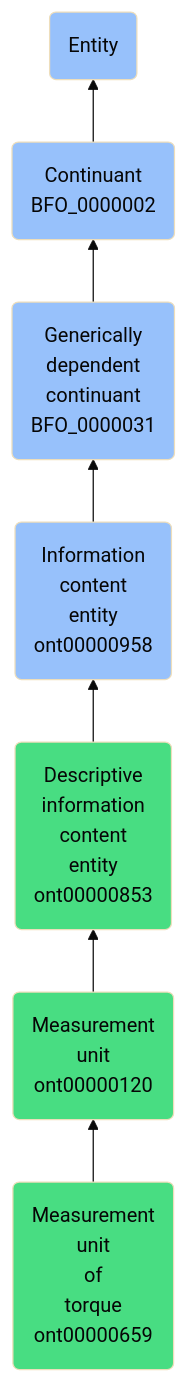
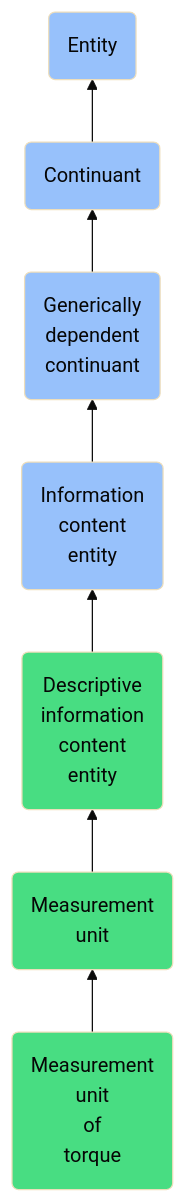
One commit to jupyter-naas/abi changed the diagram in docs/ontology/reference/model/Entity/Continuant/Generically dependent continuant/Information content entity/Descriptive information content entity/Measurement unit/Measurement unit of torque/Measurement unit of torque.md. Above: the diagram before and after it, drawn with Mermaid (base theme). The commit also changed other lines of this file and 1430 other files, not shown here.

````diff
--- a/docs/ontology/reference/model/Entity/Continuant/Generically dependent continuant/Information content entity/Descriptive information content entity/Measurement unit/Measurement unit of torque/Measurement unit of torque.md
+++ b/docs/ontology/reference/model/Entity/Continuant/Generically dependent continuant/Information content entity/Descriptive information content entity/Measurement unit/Measurement unit of torque/Measurement unit of torque.md
@@ -25,14 +25,14 @@
 ```mermaid
 graph BT
-    ont00000659(Measurement<br>unit<br>of<br>torque<br>ont00000659):::ABI-->ont00000120
-    ont00000120(Measurement<br>unit<br>ont00000120):::ABI-->ont00000853
-    ont00000853(Descriptive<br>information<br>content<br>entity<br>ont00000853):::ABI-->ont00000958
-    ont00000958(Information<br>content<br>entity<br>ont00000958):::BFO-->BFO_0000031
-    BFO_0000031(Generically<br>dependent<br>continuant<br>BFO_0000031):::BFO-->BFO_0000002
-    BFO_0000002(Continuant<br>BFO_0000002):::BFO-->BFO_0000001
+    ont00000659(Measurement<br>unit<br>of<br>torque):::ABI-->ont00000120
+    ont00000120(Measurement<br>unit):::ABI-->ont00000853
+    ont00000853(Descriptive<br>information<br>content<br>entity):::ABI-->ont00000958
+    ont00000958(Information<br>content<br>entity):::BFO-->BFO_0000031
+    BFO_0000031(Generically<br>dependent<br>continuant):::BFO-->BFO_0000002
+    BFO_0000002(Continuant):::BFO-->BFO_0000001
     BFO_0000001(Entity):::BFO
     
     classDef BFO fill:#97c1fb,color:#060606
     classDef CCO fill:#e4c51e,color:#060606
     classDef ABI fill:#48DD82,color:#060606
 ```
````
